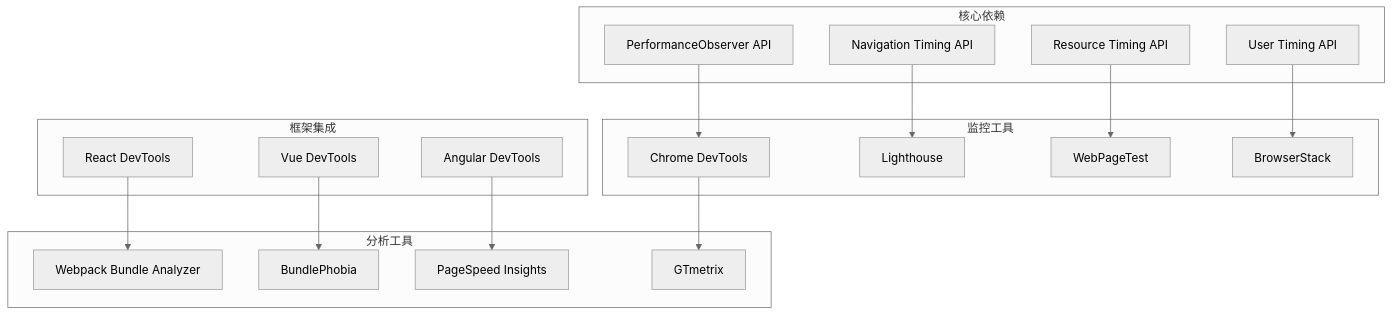
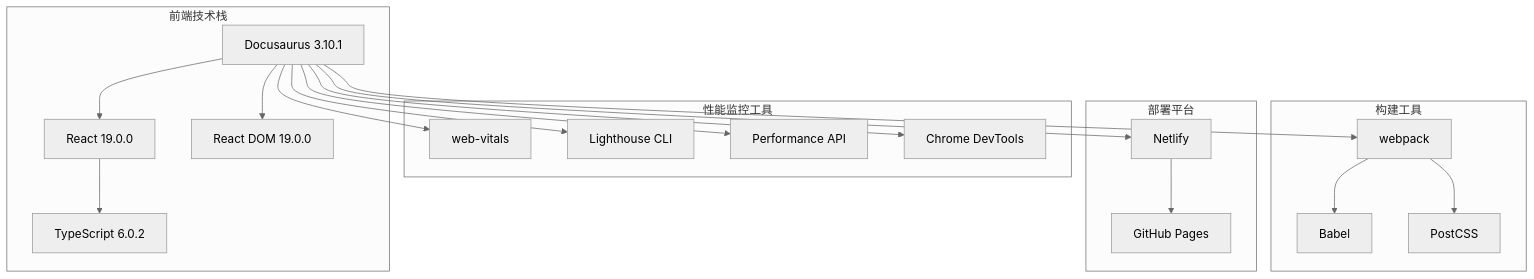
Before and after one commit to UnicornXU/knowledge-base: the ninth of 9 diagrams in .qoder/repowiki/zh/content/前端性能优化/性能监控.md, drawn with Mermaid (neutral theme). The commit also changed other lines of this file and 8 other files, not shown here.

````diff
--- a/.qoder/repowiki/zh/content/前端性能优化/性能监控.md
+++ b/.qoder/repowiki/zh/content/前端性能优化/性能监控.md
@@ -389,34 +334,36 @@
 ```mermaid
 graph TB
-subgraph "核心依赖"
-A[PerformanceObserver API]
-B[Navigation Timing API]
-C[Resource Timing API]
-D[User Timing API]
+subgraph "前端技术栈"
+A[Docusaurus 3.10.1]
+B[React 19.0.0]
+C[React DOM 19.0.0]
+D[TypeScript 6.0.2]
 end
-subgraph "框架集成"
-E[React DevTools]
-F[Vue DevTools]
-G[Angular DevTools]
+subgraph "性能监控工具"
+E[web-vitals]
+F[Lighthouse CLI]
+G[Performance API]
+H[Chrome DevTools]
 end
-subgraph "监控工具"
-H[Chrome DevTools]
-I[Lighthouse]
-J[WebPageTest]
-K[BrowserStack]
+subgraph "构建工具"
+I[webpack]
+J[Babel]
+K[PostCSS]
 end
-subgraph "分析工具"
-L[Webpack Bundle Analyzer]
-M[BundlePhobia]
-N[PageSpeed Insights]
-O[GTmetrix]
+subgraph "部署平台"
+L[Netlify]
+M[GitHub Pages]
 end
+A --> B
+A --> C
+B --> D
+A --> E
+A --> F
+A --> G
 A --> H
-B --> I
-C --> J
-D --> K
-E --> L
-F --> M
-G --> N
-H --> O
+A --> I
+I --> J
+I --> K
+A --> L
+L --> M
 ```
````
